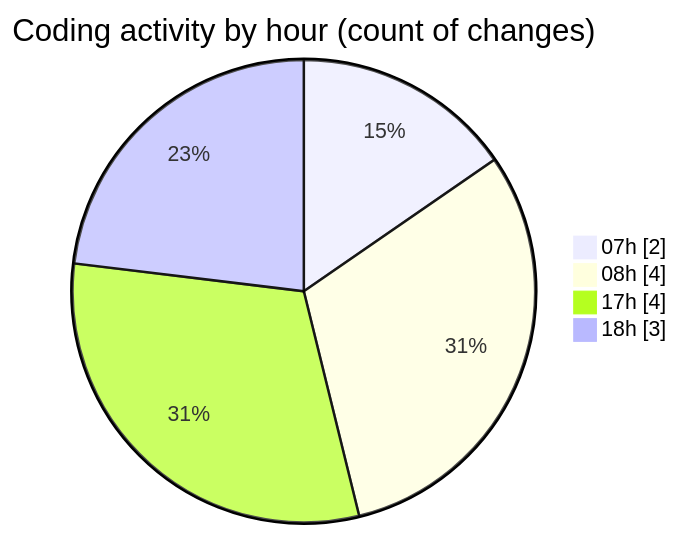
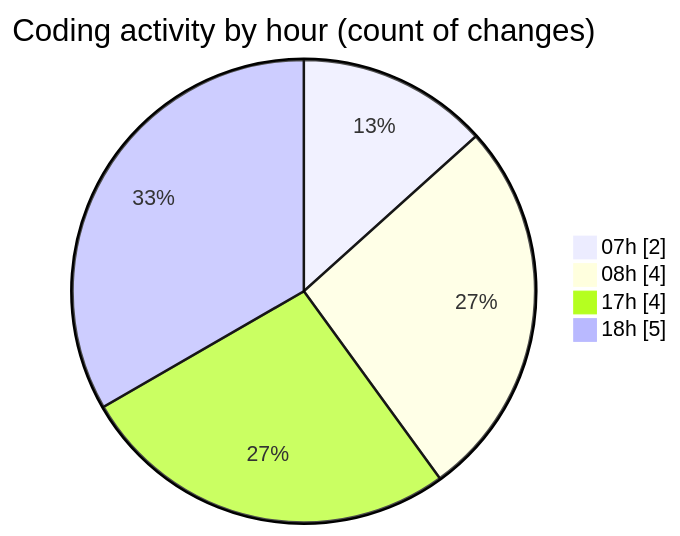
One commit to robertbonfada/code-tracking changed the second of 2 diagrams in 2025-02-19/mbc-web/README.md. Above: the diagram before and after it, drawn with Mermaid. The commit also changed other lines of this file and 1 other file, not shown here.

````diff
--- a/2025-02-19/mbc-web/README.md
+++ b/2025-02-19/mbc-web/README.md
@@ -34,8 +35,8 @@
 ```mermaid
 pie showData
 title Coding activity by hour (count of changes)
 "07h" : 2
 "08h" : 4
 "17h" : 4
-"18h" : 3
+"18h" : 5
 ```
````
